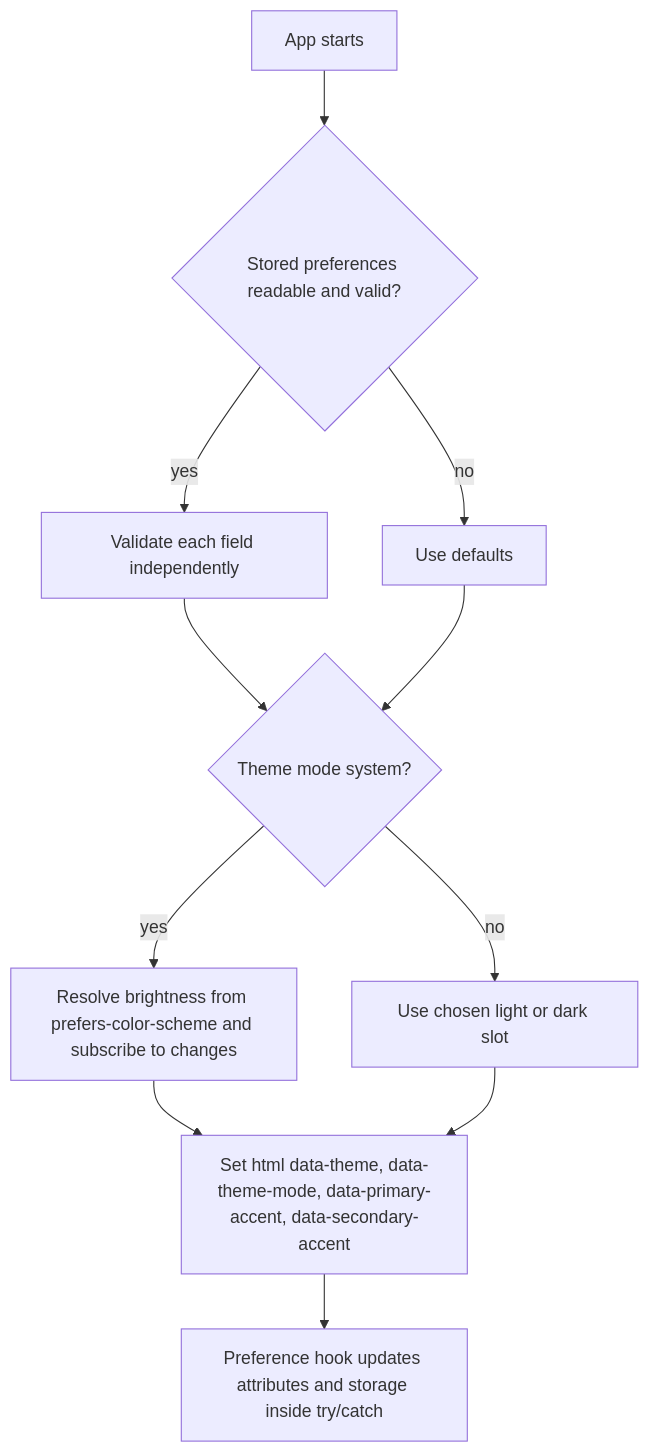
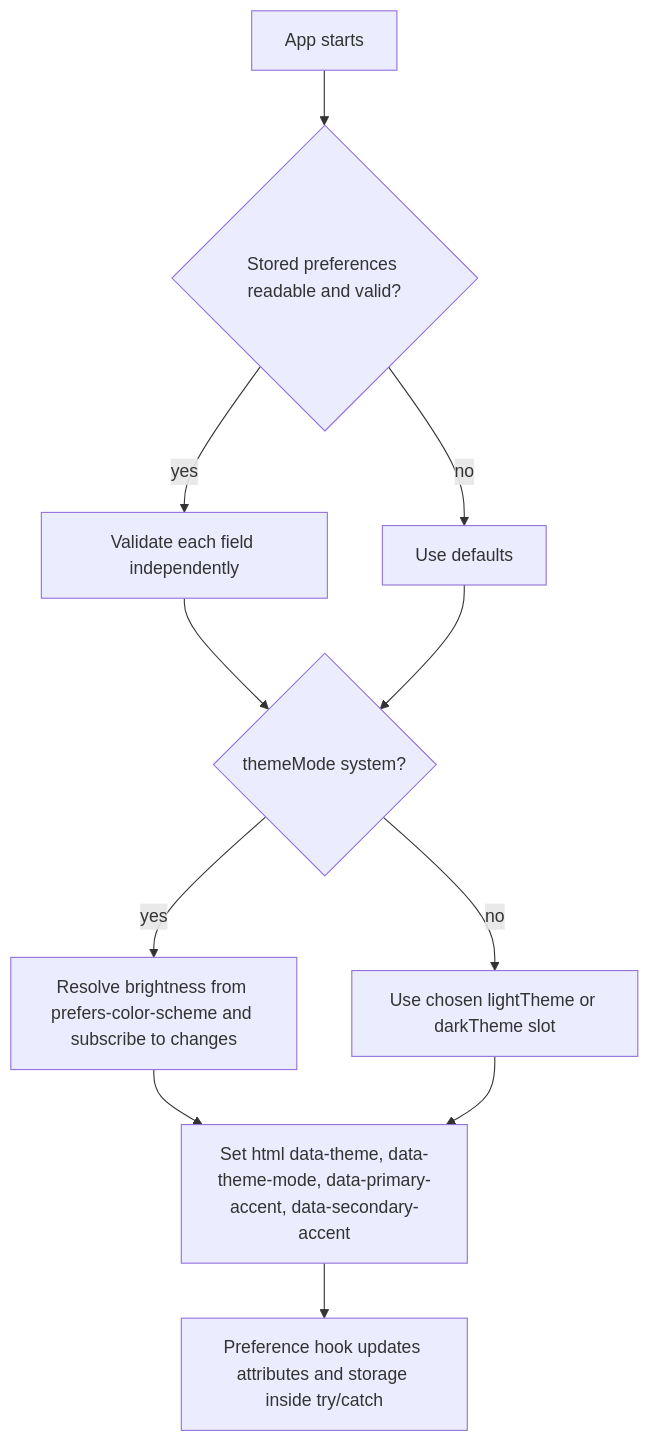
One commit to markdstafford/autocatalyst changed the third of 6 diagrams in context-human/specs/feature-web-app-foundation.md. Above: the diagram before and after it, drawn with Mermaid. The commit also changed other lines of this file, not shown here.

````diff
--- a/context-human/specs/feature-web-app-foundation.md
+++ b/context-human/specs/feature-web-app-foundation.md
@@ -121,13 +121,13 @@
 ```mermaid
 graph TD
     A[App starts] --> B{Stored preferences readable and valid?}
     B -->|yes| C[Validate each field independently]
     B -->|no| D[Use defaults]
-    C --> E{Theme mode system?}
+    C --> E{themeMode system?}
     D --> E
     E -->|yes| F[Resolve brightness from prefers-color-scheme and subscribe to changes]
-    E -->|no| G[Use chosen light or dark slot]
+    E -->|no| G[Use chosen lightTheme or darkTheme slot]
     F --> H[Set html data-theme, data-theme-mode, data-primary-accent, data-secondary-accent]
     G --> H
     H --> I[Preference hook updates attributes and storage inside try/catch]
 ```
````
